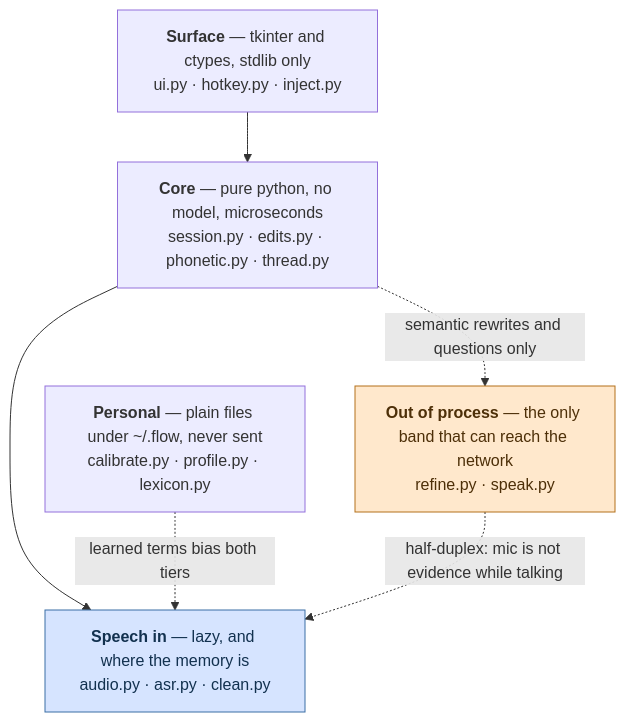
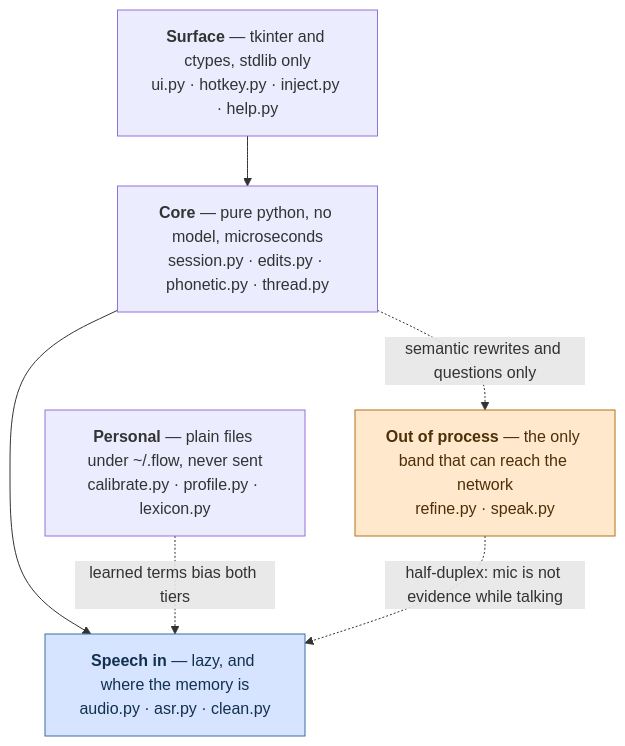
The first of 2 diagrams in docs/architecture.md (samartomar/flow), drawn with Mermaid before and after one commit. The commit also changed other lines of this file and 7 other files, not shown here.

First line of the commit message:
Draw the command sheet in Flow's window, and drop goose from the presets

````diff
--- a/docs/architecture.md
+++ b/docs/architecture.md
@@ -20,16 +20,16 @@
 ```mermaid
 flowchart TB
-    surface["<b>Surface</b> — tkinter and ctypes, stdlib only<br/>ui.py · hotkey.py · inject.py"]
+    surface["<b>Surface</b> — tkinter and ctypes, stdlib only<br/>ui.py · hotkey.py · inject.py · help.py"]
     core["<b>Core</b> — pure python, no model, microseconds<br/>session.py · edits.py · phonetic.py · thread.py"]
     speech["<b>Speech in</b> — lazy, and where the memory is<br/>audio.py · asr.py · clean.py"]
     personal["<b>Personal</b> — plain files under ~/.flow, never sent<br/>calibrate.py · profile.py · lexicon.py"]
     external["<b>Out of process</b> — the only band that can reach the network<br/>refine.py · speak.py"]
     surface --> core --> speech
     personal -. "learned terms bias both tiers" .-> speech
     external -. "half-duplex: mic is not evidence while talking" .-> speech
     core -. "semantic rewrites and questions only" .-> external
     classDef heavy fill:#d6e4ff,stroke:#3b6ea5,color:#12314f
     classDef proc fill:#ffe8cc,stroke:#b3701a,color:#4d2f08
     class speech heavy
     class external proc
 ```
````
